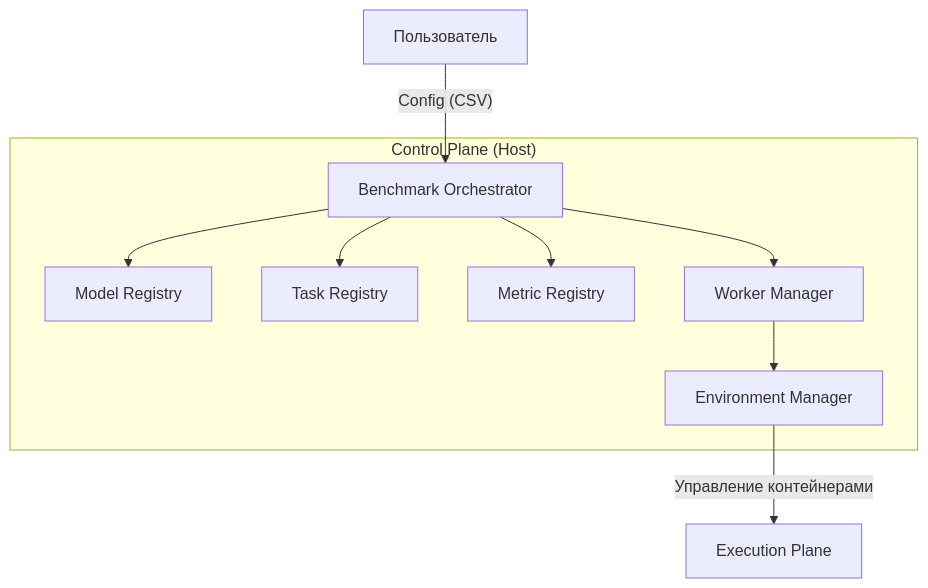
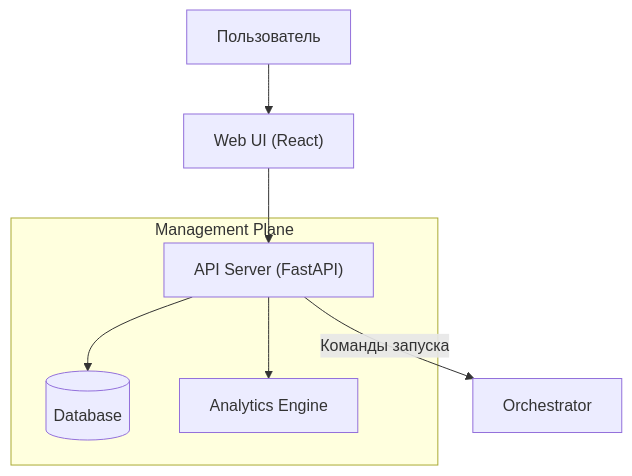
One commit to VLMHyperBenchTeam/VLMHyperBenchDocs changed the first of 2 diagrams in docs/architecture/concept.md. Above: the diagram before and after it, drawn with Mermaid. The commit also changed other lines of this file and 10 other files, not shown here.

````diff
--- a/docs/architecture/concept.md
+++ b/docs/architecture/concept.md
@@ -20,15 +20,12 @@
 ```mermaid
 graph TD
-    User["Пользователь"] -->|"Config (CSV)"| Orchestrator[Benchmark Orchestrator]
+    User["Пользователь"] --> WebUI["Web UI (React)"]
+    WebUI --> APIServer["API Server (FastAPI)"]
     
-    subgraph "Control Plane (Host)"
-        Orchestrator --> ModelReg[Model Registry]
-        Orchestrator --> TaskReg[Task Registry]
-        Orchestrator --> MetricReg[Metric Registry]
-        
-        Orchestrator --> WorkerMgr[Worker Manager]
-        WorkerMgr --> EnvMgr[Environment Manager]
+    subgraph "Management Plane"
+        APIServer --> DB[(Database)]
+        APIServer --> Analytics["Analytics Engine"]
     end
     
-    EnvMgr -->|"Управление контейнерами"| ExecutionPlane["Execution Plane"]
+    APIServer -->|"Команды запуска"| Orchestrator["Orchestrator"]
 ```
````
